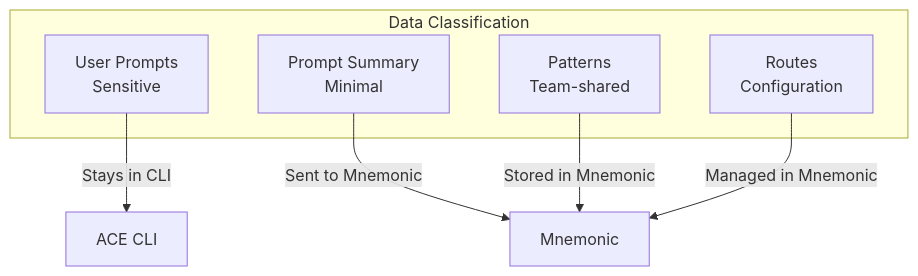
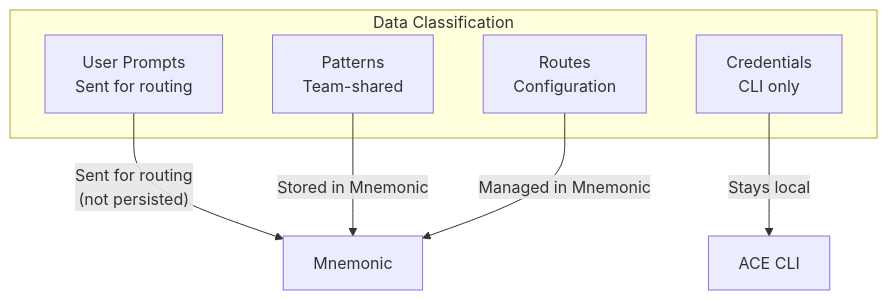
Before and after one commit to twistingmercury/mnemonic-mcp: the eighth of 8 diagrams in docs/architecture/04-communication-patterns.md, drawn with Mermaid. The commit also changed other lines of this file and 14 other files, not shown here.

Commit message:
docs reviewed for consistency. Need to spec out ACE cli

````diff
--- a/docs/architecture/04-communication-patterns.md
+++ b/docs/architecture/04-communication-patterns.md
@@ -231,14 +231,14 @@
 ```mermaid
 graph TB
     subgraph "Data Classification"
-        PROMPT[User Prompts<br/>Sensitive]
-        SUMMARY[Prompt Summary<br/>Minimal]
+        PROMPT[User Prompts<br/>Sent for routing]
         PATTERNS[Patterns<br/>Team-shared]
         ROUTES[Routes<br/>Configuration]
+        CREDS[Credentials<br/>CLI only]
     end
 
-    PROMPT -->|"Stays in CLI"| CLI[ACE CLI]
-    SUMMARY -->|"Sent to Mnemonic"| MN[Mnemonic]
+    PROMPT -->|"Sent for routing<br/>(not persisted)"| MN[Mnemonic]
     PATTERNS -->|"Stored in Mnemonic"| MN
     ROUTES -->|"Managed in Mnemonic"| MN
+    CREDS -->|"Stays local"| CLI[ACE CLI]
 ```
````
